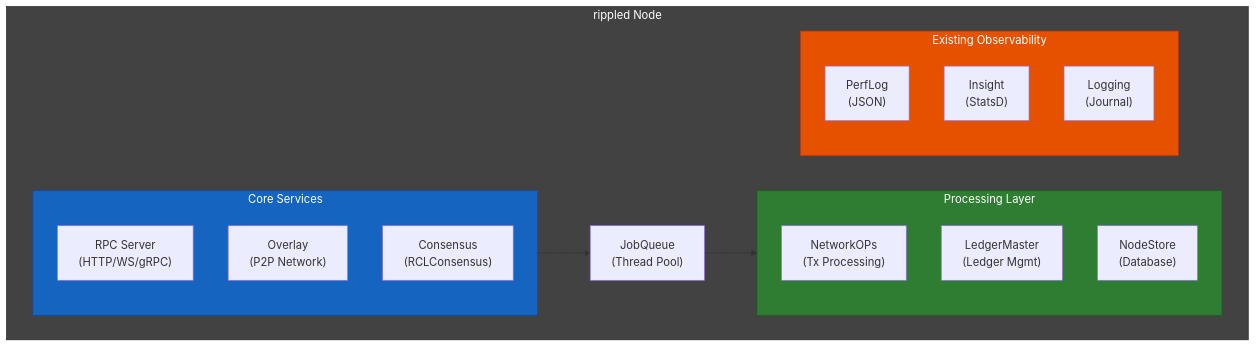
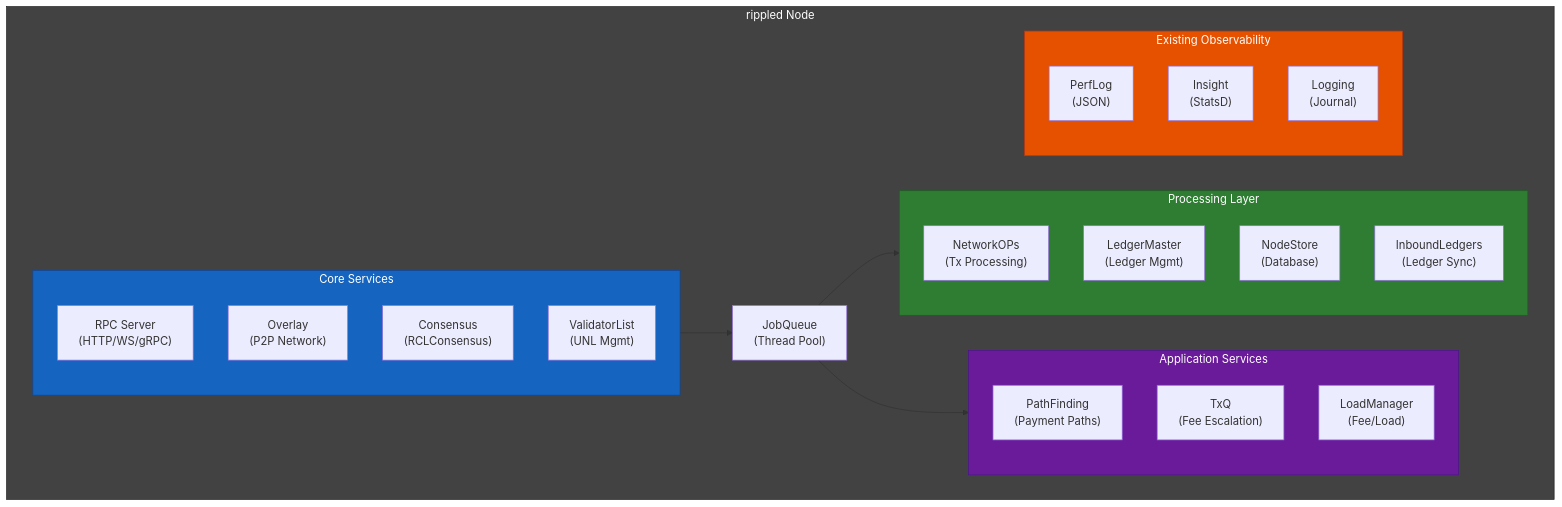
One commit to XRPLF/rippled changed the first of 6 diagrams in OpenTelemetryPlan/01-architecture-analysis.md. Above: the diagram before and after it, drawn with Mermaid. The commit also changed other lines of this file and 12 other files, not shown here.

````diff
--- a/OpenTelemetryPlan/01-architecture-analysis.md
+++ b/OpenTelemetryPlan/01-architecture-analysis.md
@@ -12,32 +14,42 @@
 ```mermaid
 flowchart TB
     subgraph rippled["rippled Node"]
         subgraph services["Core Services"]
             RPC["RPC Server<br/>(HTTP/WS/gRPC)"]
             Overlay["Overlay<br/>(P2P Network)"]
             Consensus["Consensus<br/>(RCLConsensus)"]
+            ValidatorList["ValidatorList<br/>(UNL Mgmt)"]
         end
 
         JobQueue["JobQueue<br/>(Thread Pool)"]
 
         subgraph processing["Processing Layer"]
             NetworkOPs["NetworkOPs<br/>(Tx Processing)"]
             LedgerMaster["LedgerMaster<br/>(Ledger Mgmt)"]
             NodeStore["NodeStore<br/>(Database)"]
+            InboundLedgers["InboundLedgers<br/>(Ledger Sync)"]
+        end
+
+        subgraph appservices["Application Services"]
+            PathFind["PathFinding<br/>(Payment Paths)"]
+            TxQ["TxQ<br/>(Fee Escalation)"]
+            LoadMgr["LoadManager<br/>(Fee/Load)"]
         end
 
         subgraph observability["Existing Observability"]
             PerfLog["PerfLog<br/>(JSON)"]
             Insight["Insight<br/>(StatsD)"]
             Logging["Logging<br/>(Journal)"]
         end
 
         services --> JobQueue
         JobQueue --> processing
+        JobQueue --> appservices
     end
 
     style rippled fill:#424242,stroke:#212121,color:#ffffff
     style services fill:#1565c0,stroke:#0d47a1,color:#ffffff
     style processing fill:#2e7d32,stroke:#1b5e20,color:#ffffff
+    style appservices fill:#6a1b9a,stroke:#4a148c,color:#ffffff
     style observability fill:#e65100,stroke:#bf360c,color:#ffffff
 ```
````
